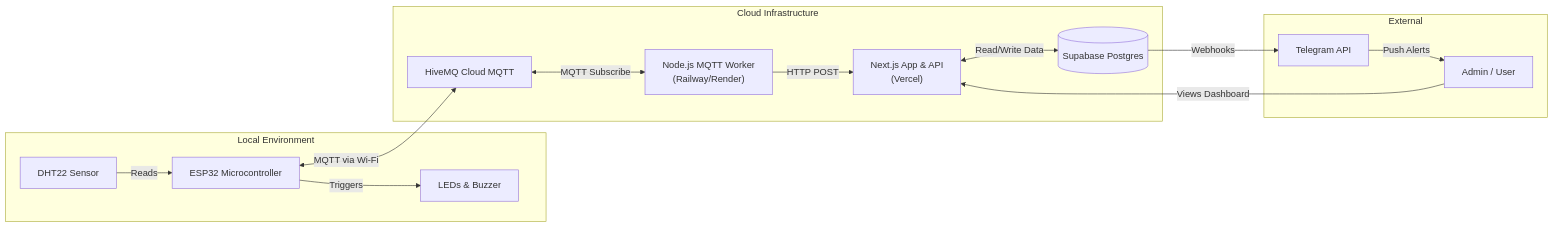
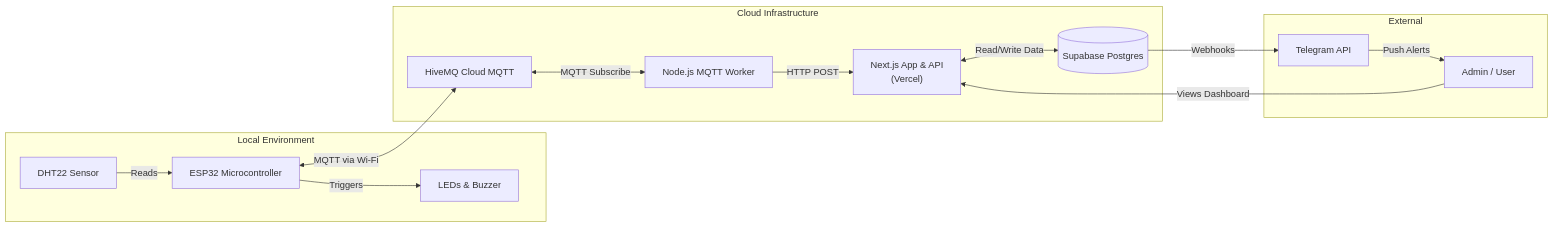
The first of 3 diagrams in README.md (boyishwara/omaggot), drawn with Mermaid before and after one commit. The commit also changed other lines of this file, not shown here.

````diff
--- a/README.md
+++ b/README.md
@@ -22,27 +25,27 @@
 ```mermaid
 graph LR
     subgraph "Local Environment"
         DHT[DHT22 Sensor] -->|Reads| ESP32[ESP32 Microcontroller]
         ESP32 -->|Triggers| HW[LEDs & Buzzer]
     end
 
     subgraph "Cloud Infrastructure"
         HiveMQ[HiveMQ Cloud MQTT]
-        Worker["Node.js MQTT Worker<br/>(Railway/Render)"]
+        Worker["Node.js MQTT Worker<br/>"]
         NextJS["Next.js App & API<br/>(Vercel)"]
         Supabase[(Supabase Postgres)]
     end
 
     subgraph "External"
         Telegram[Telegram API]
         User[Admin / User]
     end
 
     ESP32 <-->|MQTT via Wi-Fi| HiveMQ
     HiveMQ <-->|MQTT Subscribe| Worker
     Worker -->|HTTP POST| NextJS
     NextJS <-->|Read/Write Data| Supabase
     Supabase -->|Webhooks| Telegram
     Telegram -->|Push Alerts| User
     User -->|Views Dashboard| NextJS
 ```
````
